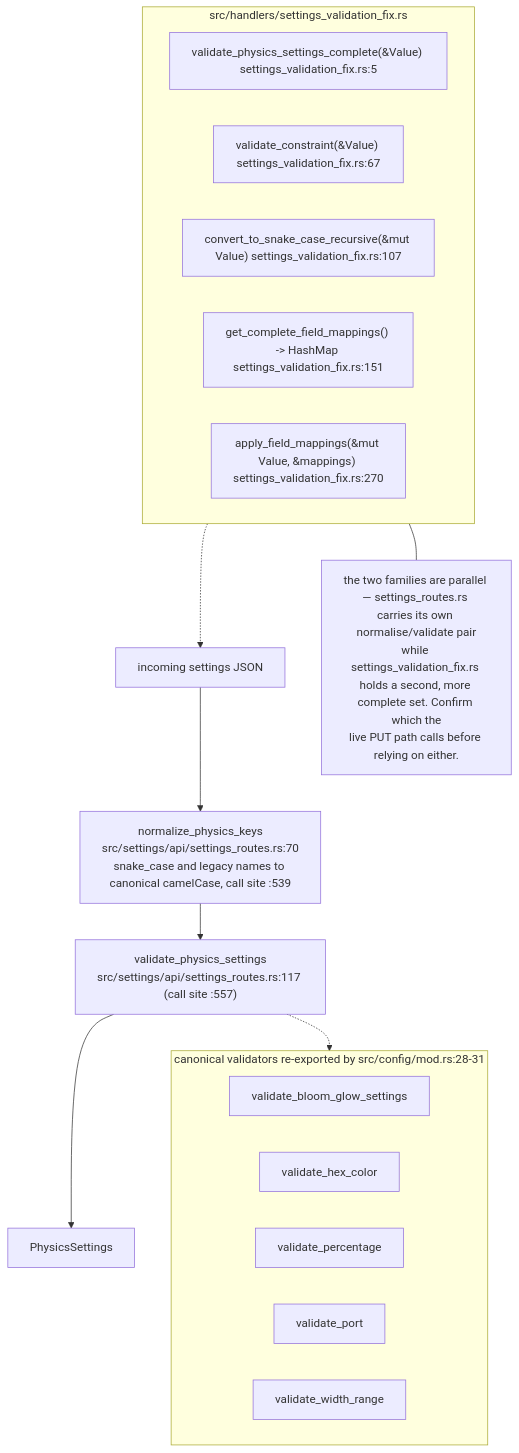
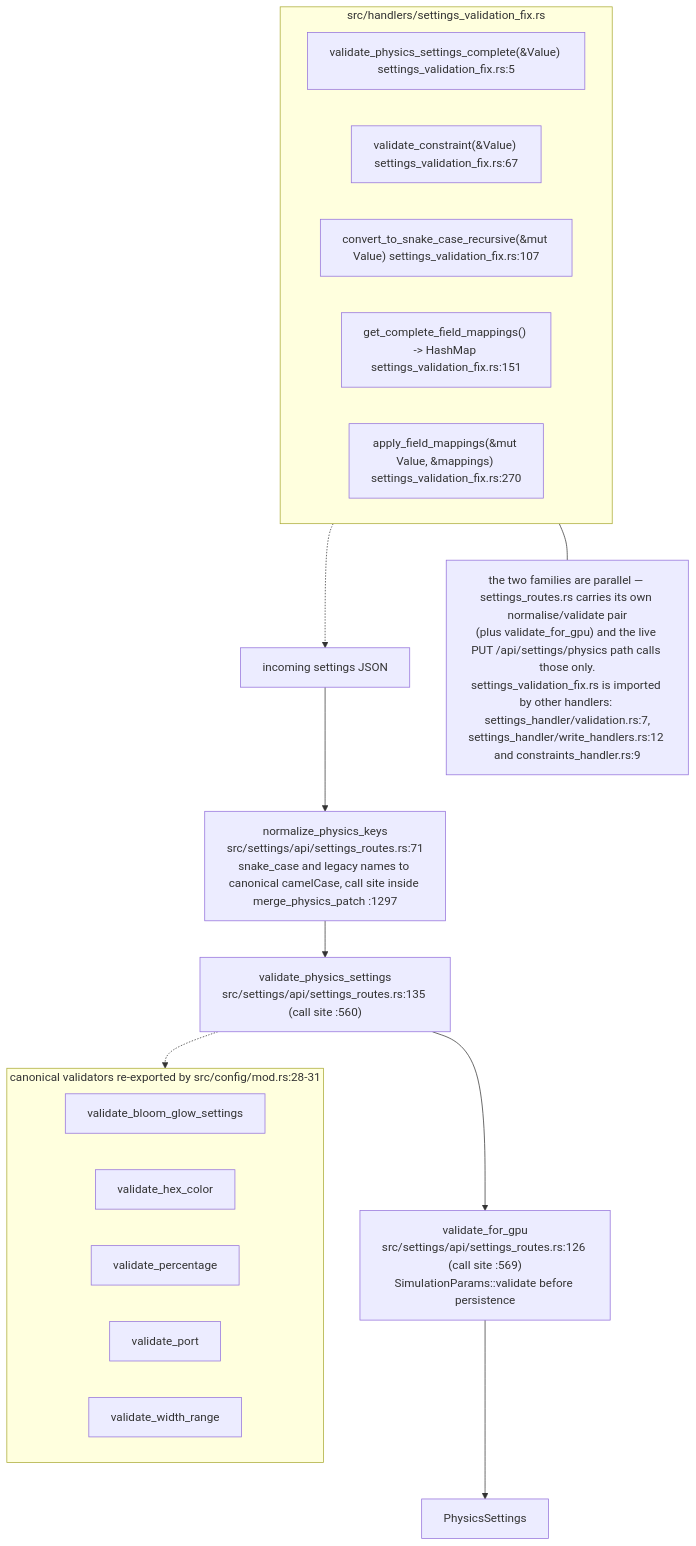
Before and after one commit to DreamLab-AI/VisionFlow: the seventh of 8 diagrams in docs/diagrams/visionclaw/06-settings-round-trip.md, drawn with Mermaid. The commit also changed other lines of this file and 160 other files, not shown here.

````diff
--- a/docs/diagrams/visionclaw/06-settings-round-trip.md
+++ b/docs/diagrams/visionclaw/06-settings-round-trip.md
@@ -235,25 +247,26 @@
 ```mermaid
 flowchart TB
     IN["incoming settings JSON"]
-    IN --> N1["normalize_physics_keys<br/>src/settings/api/settings_routes.rs:70<br/>snake_case and legacy names to canonical camelCase, call site :539"]
-    N1 --> V1["validate_physics_settings<br/>src/settings/api/settings_routes.rs:117 (call site :557)"]
-    V1 --> OUT["PhysicsSettings"]
+    IN --> N1["normalize_physics_keys<br/>src/settings/api/settings_routes.rs:71<br/>snake_case and legacy names to canonical camelCase, call site inside merge_physics_patch :1297"]
+    N1 --> V1["validate_physics_settings<br/>src/settings/api/settings_routes.rs:135 (call site :560)"]
+    V1 --> G1["validate_for_gpu<br/>src/settings/api/settings_routes.rs:126 (call site :569)<br/>SimulationParams::validate before persistence"]
+    G1 --> OUT["PhysicsSettings"]
     subgraph FIX["src/handlers/settings_validation_fix.rs"]
         F1["validate_physics_settings_complete(&Value) settings_validation_fix.rs:5"]
         F2["validate_constraint(&Value) settings_validation_fix.rs:67"]
         F3["convert_to_snake_case_recursive(&mut Value) settings_validation_fix.rs:107"]
         F4["get_complete_field_mappings() -> HashMap settings_validation_fix.rs:151"]
         F5["apply_field_mappings(&mut Value, &mappings) settings_validation_fix.rs:270"]
     end
     subgraph DOM["canonical validators re-exported by src/config/mod.rs:28-31"]
         D1["validate_bloom_glow_settings"]
         D2["validate_hex_color"]
         D3["validate_percentage"]
         D4["validate_port"]
         D5["validate_width_range"]
     end
     V1 -.-> DOM
     FIX -.-> IN
-    NOTE["the two families are parallel — settings_routes.rs carries its own normalise/validate pair<br/>while settings_validation_fix.rs holds a second, more complete set. Confirm which the<br/>live PUT path calls before relying on either."]
+    NOTE["the two families are parallel — settings_routes.rs carries its own normalise/validate pair<br/>(plus validate_for_gpu) and the live PUT /api/settings/physics path calls those only.<br/>settings_validation_fix.rs is imported by other handlers: settings_handler/validation.rs:7,<br/>settings_handler/write_handlers.rs:12 and constraints_handler.rs:9"]
     FIX --- NOTE
 ```
````
